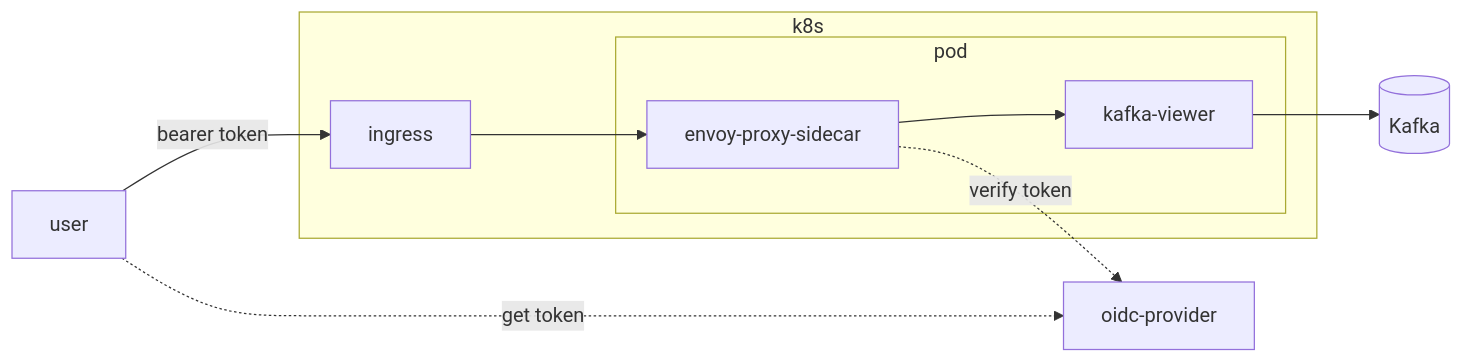
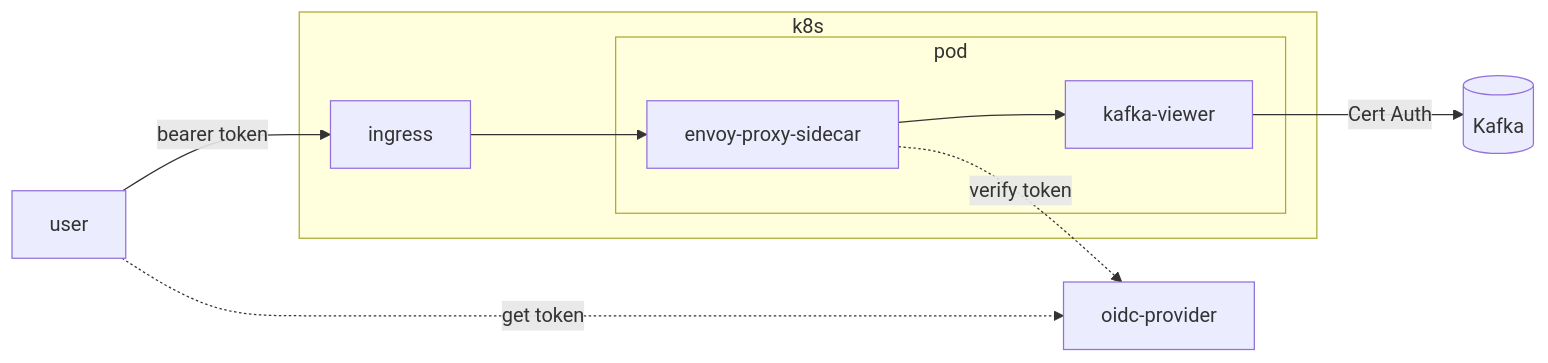
Before and after one commit to unclepaul84/kafka-viewer-demo: the diagram in readme.md, drawn with Mermaid.

````diff
--- a/readme.md
+++ b/readme.md
@@ -7,16 +7,16 @@
 ``` mermaid
 flowchart LR
     subgraph k8s
         ingress
         ingress-->envoy-proxy-sidecar
         subgraph pod
             
             envoy-proxy-sidecar-->kafka-viewer
         end
     end
     user-->|bearer token|ingress
     user-.get token.->oidc-provider
     envoy-proxy-sidecar-.verify token.->oidc-provider
     kafka[(Kafka)]
-    kafka-viewer-->kafka
+    kafka-viewer-->|Cert Auth|kafka
 ```
````
